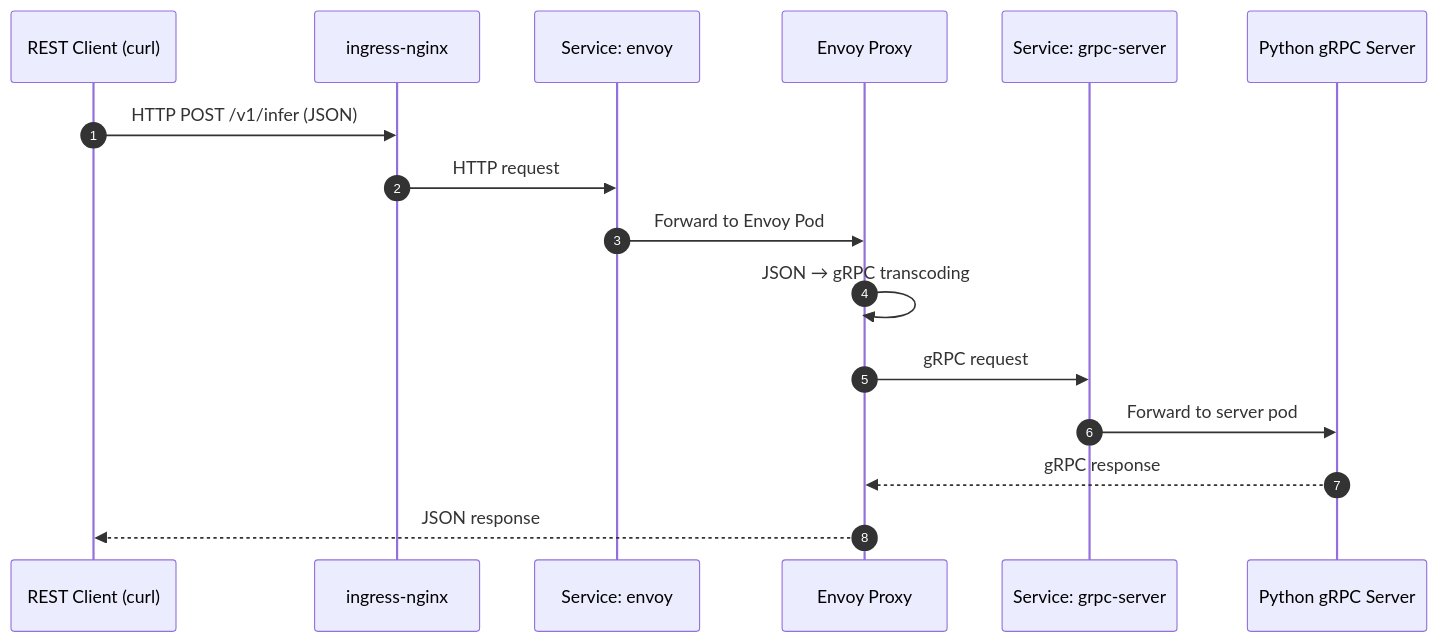
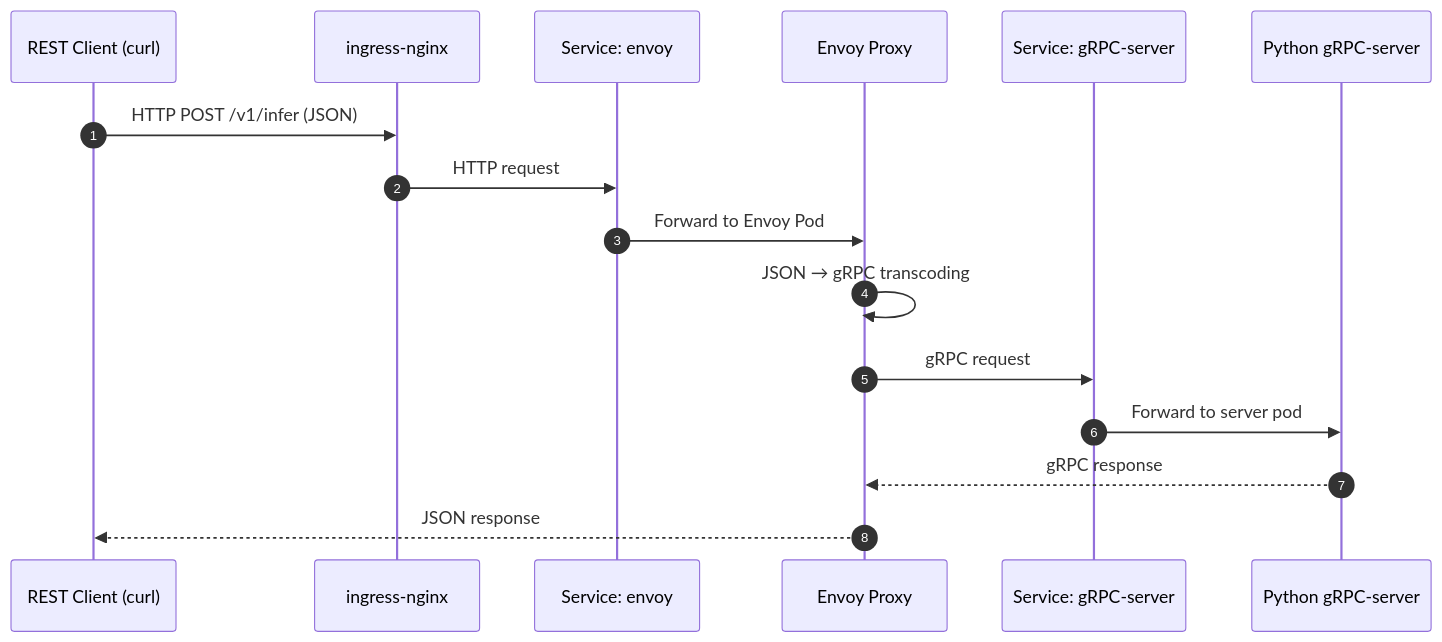
One commit to refuel-code-135/k8s-ml-inference-platform changed the diagram in README.md. Above: the diagram before and after it, drawn with Mermaid.

````diff
--- a/README.md
+++ b/README.md
@@ -5,20 +5,20 @@
 ```mermaid
 sequenceDiagram
     autonumber
 
     participant Client as REST Client (curl)
     participant Ingress as ingress-nginx
     participant EnvoySvc as Service: envoy
     participant Envoy as Envoy Proxy
-    participant GrpcSvc as Service: grpc-server
-    participant Grpc as Python gRPC Server
+    participant GrpcSvc as Service: gRPC-server
+    participant Grpc as Python gRPC-server
 
     Client->>Ingress: HTTP POST /v1/infer (JSON)
     Ingress->>EnvoySvc: HTTP request
     EnvoySvc->>Envoy: Forward to Envoy Pod
     Envoy->>Envoy: JSON → gRPC transcoding
     Envoy->>GrpcSvc: gRPC request
     GrpcSvc->>Grpc: Forward to server pod
     Grpc-->>Envoy: gRPC response
     Envoy-->>Client: JSON response
 ```
````
